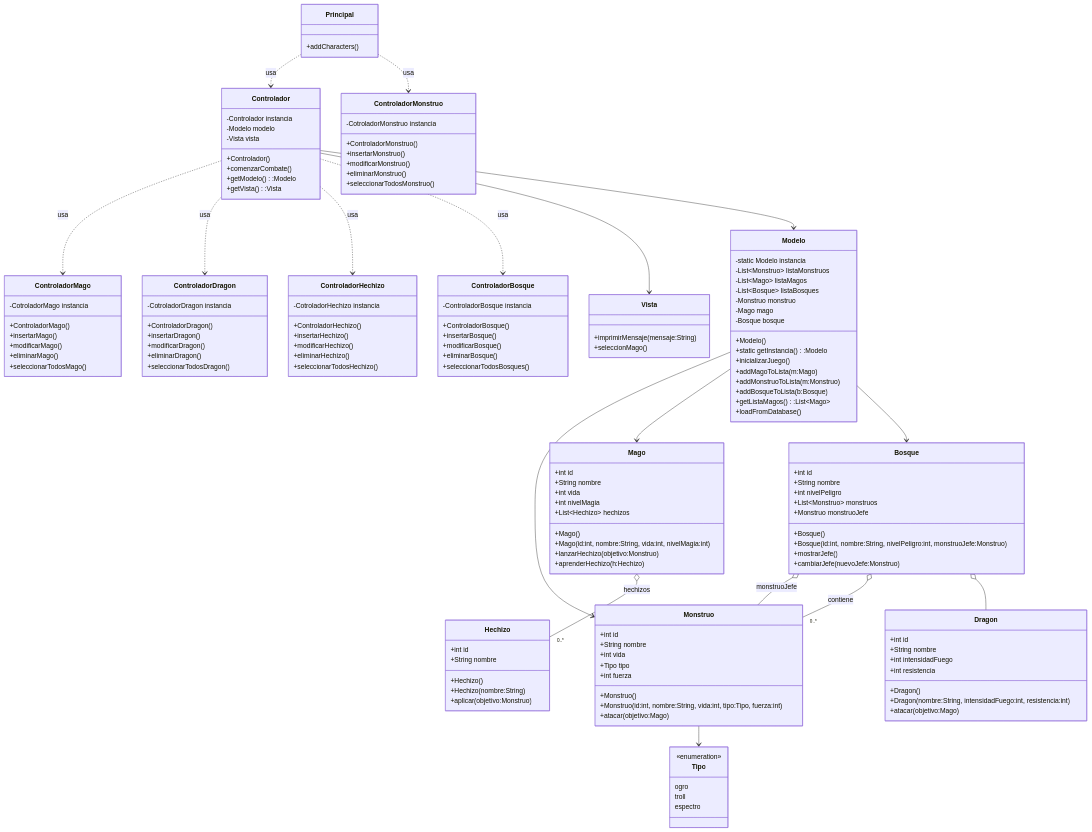
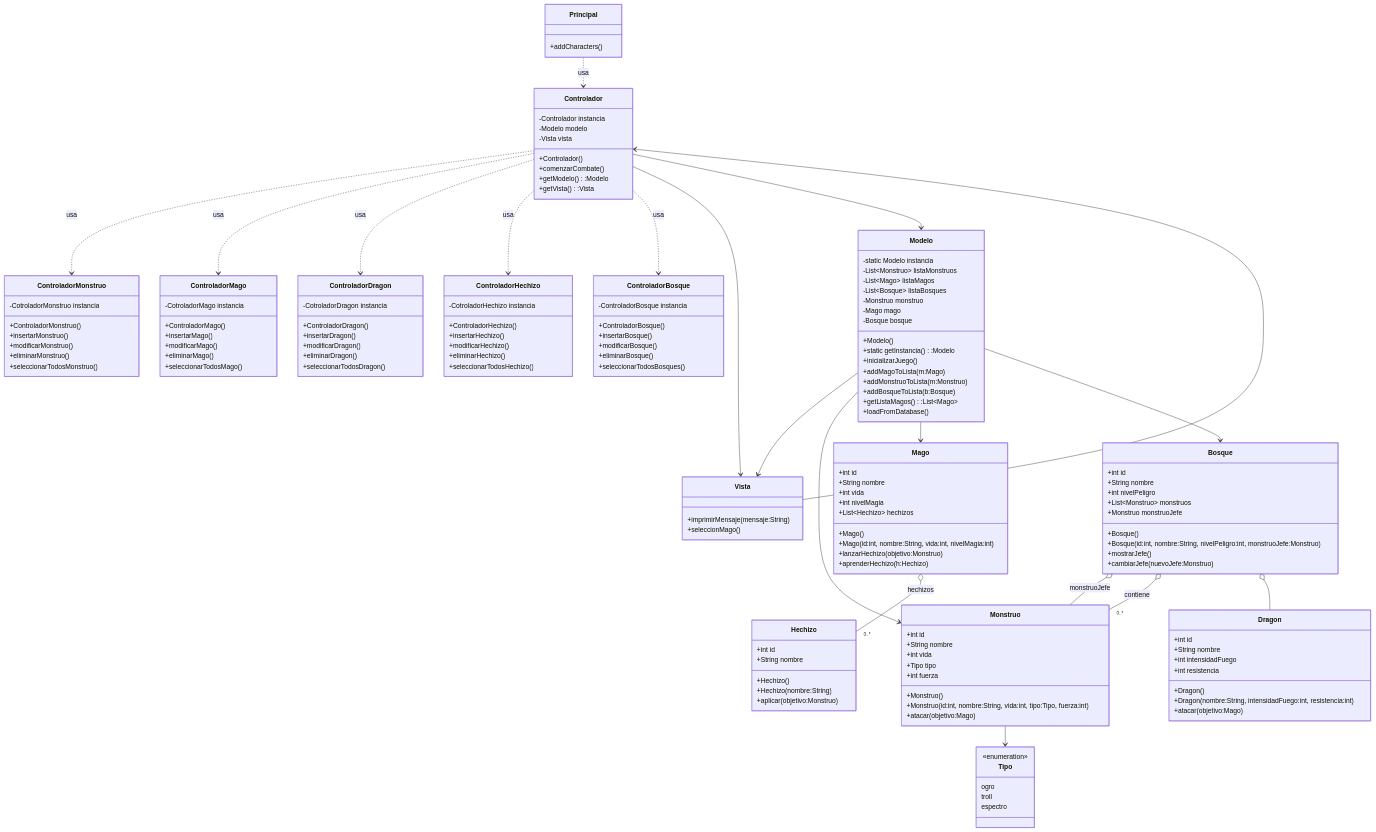
The first of 2 diagrams in README.md (a24yaniravc/dragolandia), drawn with Mermaid before and after one commit.

Commit message:
README actualizado

````diff
--- a/README.md
+++ b/README.md
@@ -157,15 +157,17 @@
 Mago o-- "0..*" Hechizo : hechizos
 Bosque o-- Dragon
 Principal ..> Controlador : usa
-Principal ..> ControladorMonstruo : usa
+Controlador ..> ControladorMonstruo : usa
 Controlador ..> ControladorMago : usa
 Controlador ..> ControladorDragon : usa
 Controlador ..> ControladorHechizo : usa
 Controlador ..> ControladorBosque : usa
 Controlador --> Vista
 Controlador --> Modelo
+Modelo --> Vista
 Modelo --> Monstruo
 Modelo --> Mago
 Modelo --> Bosque
+Vista --> Controlador
 
 ```
````
